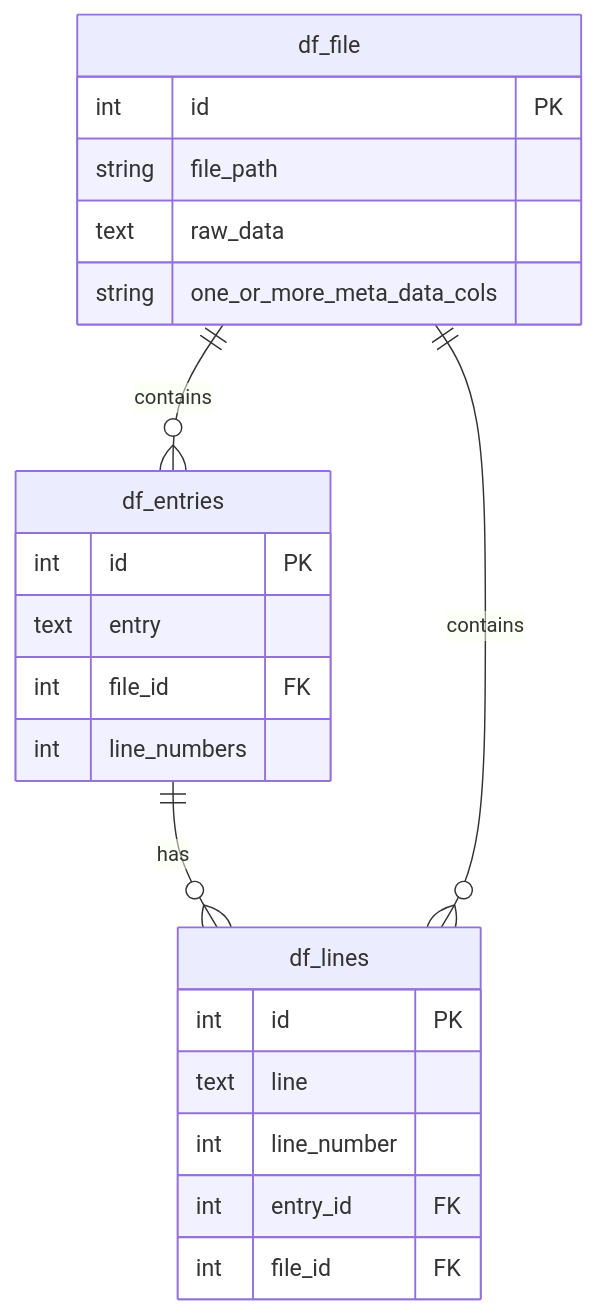
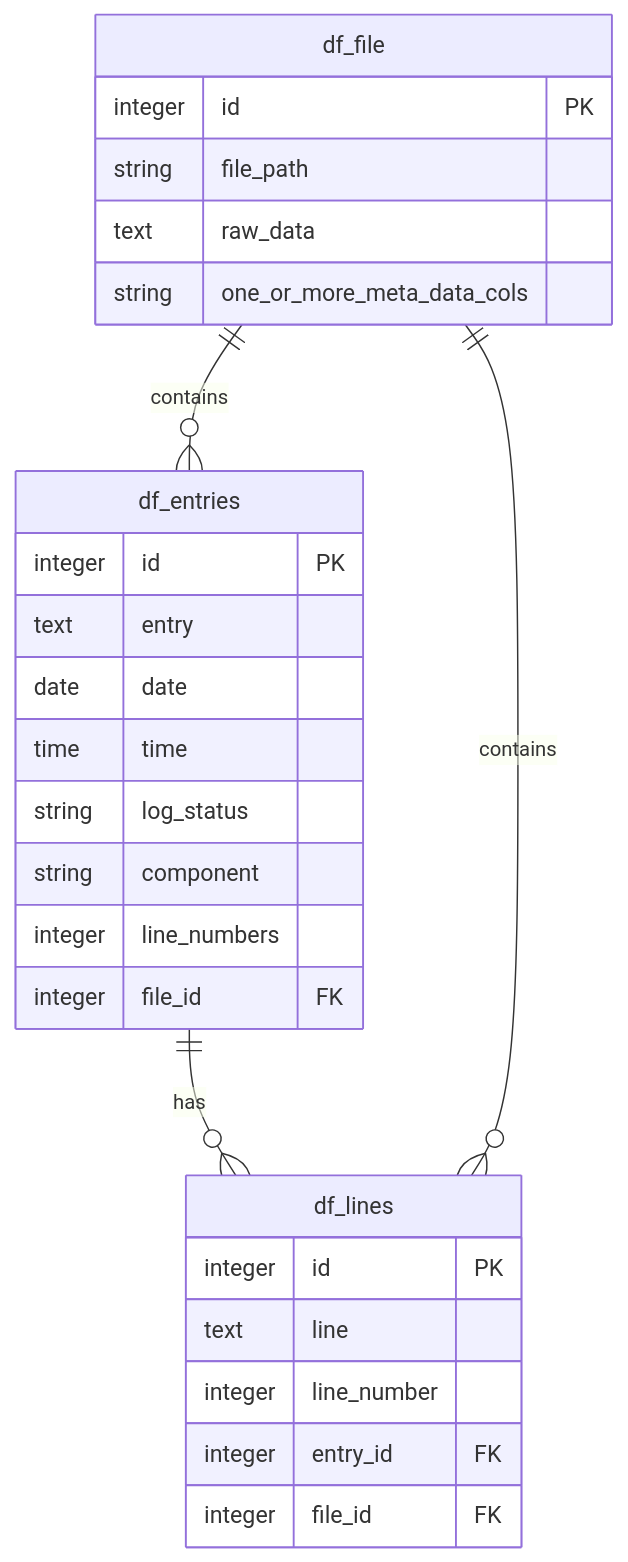
The diagram in docs/data-structure-notes.md (bengineerdavis/sawmill), drawn with Mermaid before and after one commit.

Commit message:
Adds missing columns to df_entries table in ER diagram in data-structure-notes.md

````diff
--- a/docs/data-structure-notes.md
+++ b/docs/data-structure-notes.md
@@ -26,25 +26,29 @@
 ```mermaid
 erDiagram
     df_entries ||--o{ df_lines : has
     df_entries {
-        int id PK
+        integer id PK
         text entry
-        int file_id FK
-        int line_numbers
+        date date
+        time time
+        string log_status
+        string component
+        integer line_numbers
+        integer file_id FK
     }
     df_lines {
-        int id PK
+        integer id PK
         text line
-        int line_number
-        int entry_id FK
-        int file_id FK
+        integer line_number
+        integer entry_id FK
+        integer file_id FK
     }
     df_file ||--o{ df_entries : contains
     df_file ||--o{ df_lines : contains
     df_file {
-        int id PK
+        integer id PK
         string file_path
         text raw_data
         string one_or_more_meta_data_cols
     }
 ```
````
